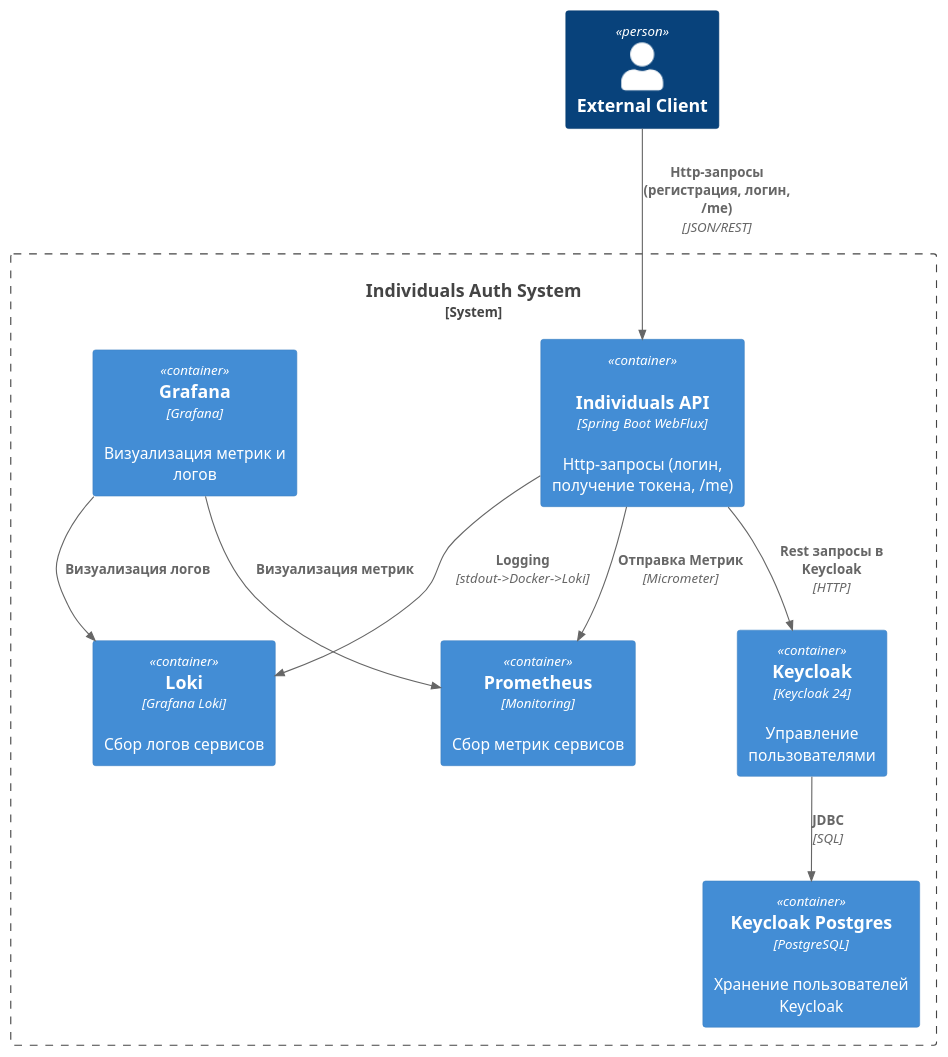
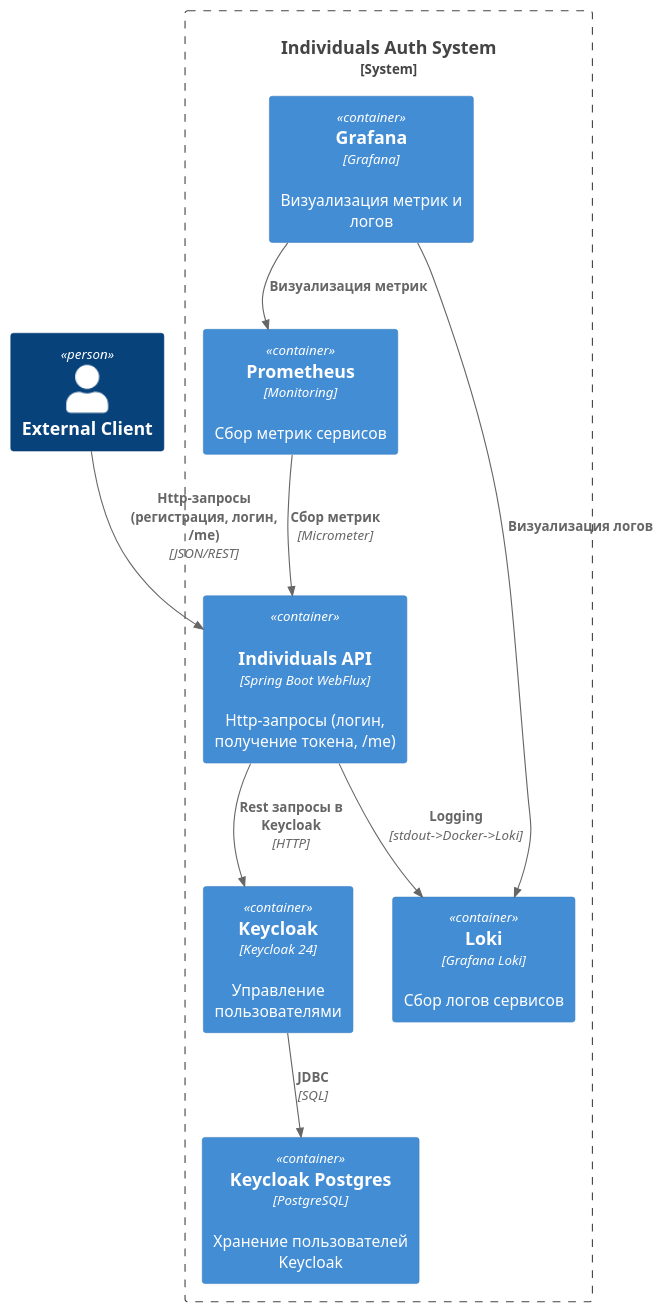
The diagram in individuals-api/docs/individuals-api-container.puml (diamam90/payment-system), drawn with PlantUML before and after one commit. The commit also changed 14 other files, not shown here.

```diff
--- a/individuals-api/docs/individuals-api-container.puml
+++ b/individuals-api/docs/individuals-api-container.puml
@@ -1,23 +1,23 @@
 @startuml
 !includeurl https://raw.githubusercontent.com/plantuml-stdlib/C4-PlantUML/master/C4_Container.puml
 
 Person(dev, "External Client")
 
 System_Boundary(indSystem,"Individuals Auth System"){
     Container(indApi,"Individuals API","Spring Boot WebFlux","Http-запросы (логин, получение токена, /me)","JSON/REST")
     Container(keycloak, "Keycloak", "Keycloak 24","Управление пользователями")
     Container(keycloakPs, "Keycloak Postgres","PostgreSQL", "Хранение пользователей Keycloak")
     Container(prometheus, "Prometheus","Monitoring","Сбор метрик сервисов")
     Container(loki, "Loki", "Grafana Loki","Сбор логов сервисов")
     Container(grafana,"Grafana","Grafana","Визуализация метрик и логов")
 }
 
 Rel(dev,indApi, "Http-запросы (регистрация, логин, /me)", "JSON/REST")
 Rel(indApi,keycloak, "Rest запросы в Keycloak","HTTP")
 Rel(keycloak, keycloakPs, "JDBC","SQL")
 Rel(indApi,loki,"Logging","stdout->Docker->Loki")
-Rel(indApi, prometheus, "Отправка Метрик", "Micrometer")
+Rel(prometheus,indApi, "Сбор метрик", "Micrometer")
 Rel(grafana,prometheus, "Визуализация метрик")
 Rel(grafana,loki, "Визуализация логов")
 
 @enduml
```
